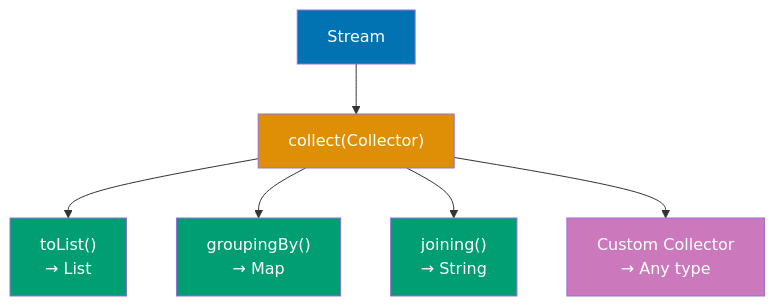
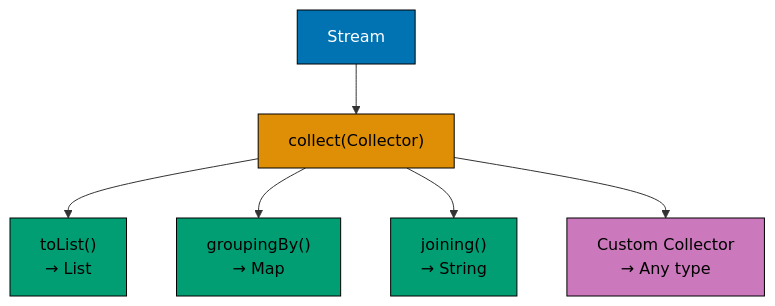
One commit to wahidyankf/ose-public changed the seventh of 11 diagrams in apps/ayokoding-www/content/en/learn/legacy/software-engineering/programming-languages/java/by-example/intermediate.md. Above: the diagram before and after it, drawn with Mermaid. The commit also changed other lines of this file and 112 other files, not shown here.

First line of the commit message:
fix(mermaid): bring the legacy programming-languages diagrams onto the accessible palette

````diff
--- a/apps/ayokoding-www/content/en/learn/legacy/software-engineering/programming-languages/java/by-example/intermediate.md
+++ b/apps/ayokoding-www/content/en/learn/legacy/software-engineering/programming-languages/java/by-example/intermediate.md
@@ -1343,16 +1389,23 @@
 ```mermaid
 %% Color Palette: Blue #0173B2, Orange #DE8F05, Teal #029E73, Purple #CC78BC, Brown #CA9161
 graph TD
-    Stream["Stream<String>"] --> Collect["collect#40;Collector#41;"]
+    accTitle: Example 46: Collectors and Stream Reduction
+    accDescr: Graph with 6 nodes and 5 connections. Nodes: Stream, collect40Collector41, toList4041 → List, groupingBy4041 → Map, joining4041 → String, Custom Collector → Any type. Connections: Stream to collect40Collector41, collect40Collector41 to toList4041 → List, collect40Collector41 to groupingBy4041 → Map, collect40Collector41 to joining4041 → String, collect40Collector41 to Custom Collector → Any type.
+    Stream["Stream<String>"] --> Collect["collect(Collector)"]
     Collect --> ToList["toList#40;#41;<br/>→ List"]
     Collect --> GroupBy["groupingBy#40;#41;<br/>→ Map"]
     Collect --> Joining["joining#40;#41;<br/>→ String"]
     Collect --> Custom["Custom Collector<br/>→ Any type"]
 
-    style Stream fill:#0173B2,color:#fff
-    style Collect fill:#DE8F05,color:#fff
-    style ToList fill:#029E73,color:#fff
-    style GroupBy fill:#029E73,color:#fff
-    style Joining fill:#029E73,color:#fff
-    style Custom fill:#CC78BC,color:#fff
+    classDef pal-0173B2 fill:#0173B2,stroke:#000000,color:#FFFFFF
+    class Stream pal-0173B2
+    classDef pal-DE8F05 fill:#DE8F05,stroke:#000000,color:#000000
+    class Collect pal-DE8F05
+    classDef pal-029E73 fill:#029E73,stroke:#000000,color:#000000
+    class ToList pal-029E73
+    class GroupBy pal-029E73
+    class Joining pal-029E73
+    classDef pal-CC78BC fill:#CC78BC,stroke:#000000,color:#000000
+    class Custom pal-CC78BC
+    classDef default fill:#FFFFFF,stroke:#000000,color:#000000
 ```
````
